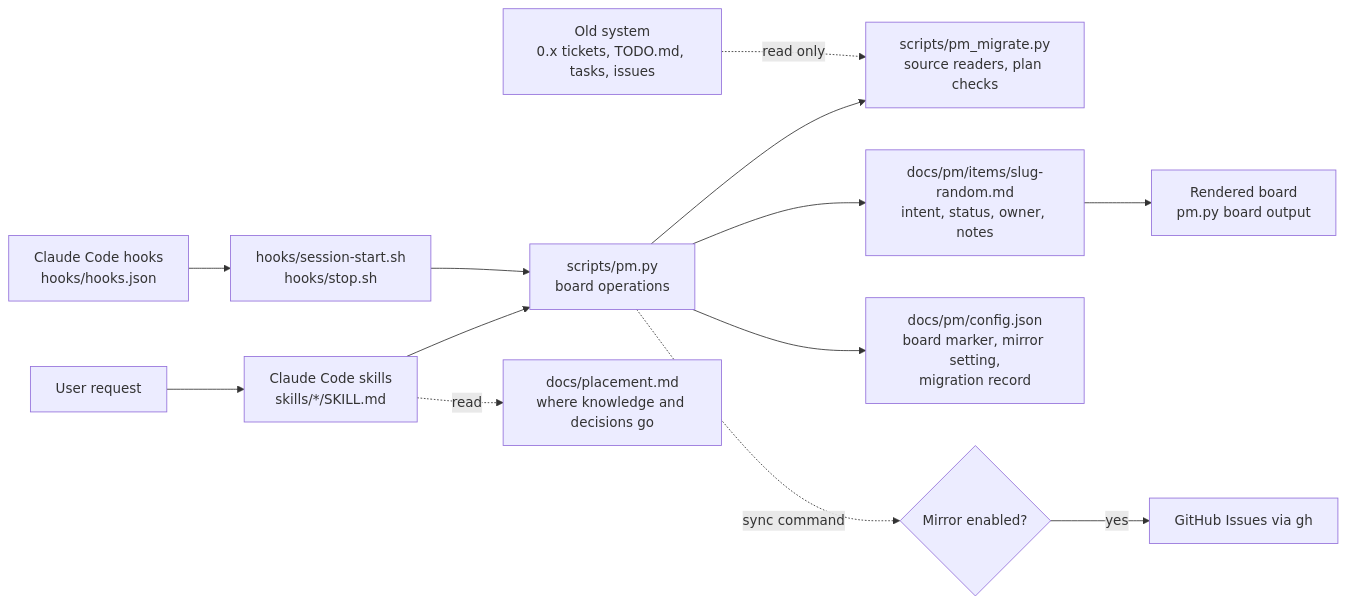
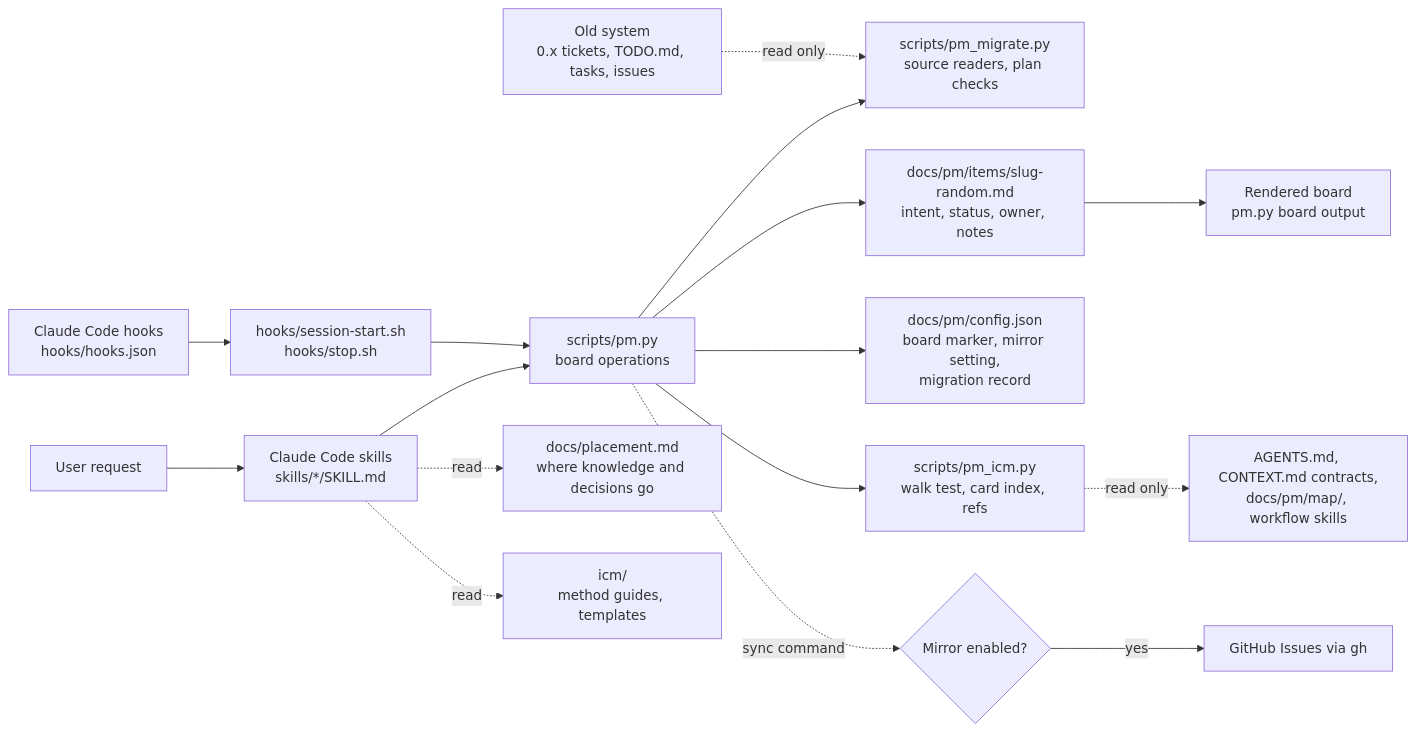
The first of 4 diagrams in docs/architecture.md (yehezkieled/pm-plugin), drawn with Mermaid before and after one commit. The commit also changed other lines of this file and 58 other files, not shown here.

First line of the commit message:
feat: structure projects with ICM through the pm skills (#7)

````diff
--- a/docs/architecture.md
+++ b/docs/architecture.md
@@ -7,15 +7,18 @@
 ```mermaid
 flowchart LR
   U[User request] --> S[Claude Code skills<br/>skills/*/SKILL.md]
   S --> C[scripts/pm.py<br/>board operations]
   C --> M[scripts/pm_migrate.py<br/>source readers, plan checks]
   OLD[Old system<br/>0.x tickets, TODO.md, tasks, issues] -. read only .-> M
   C --> I[docs/pm/items/slug-random.md<br/>intent, status, owner, notes]
   C --> K[docs/pm/config.json<br/>board marker, mirror setting,<br/>migration record]
   S -. read .-> PG[docs/placement.md<br/>where knowledge and decisions go]
+  S -. read .-> ICM[icm/<br/>method guides, templates]
+  C --> W[scripts/pm_icm.py<br/>walk test, card index, refs]
+  W -. read only .-> R[AGENTS.md, CONTEXT.md contracts,<br/>docs/pm/map/, workflow skills]
   I --> B[Rendered board<br/>pm.py board output]
   H[Claude Code hooks<br/>hooks/hooks.json] --> SH[hooks/session-start.sh<br/>hooks/stop.sh]
   SH --> C
   G{Mirror enabled?} -->|yes| GH[GitHub Issues via gh]
   C -. sync command .-> G
 ```
````
